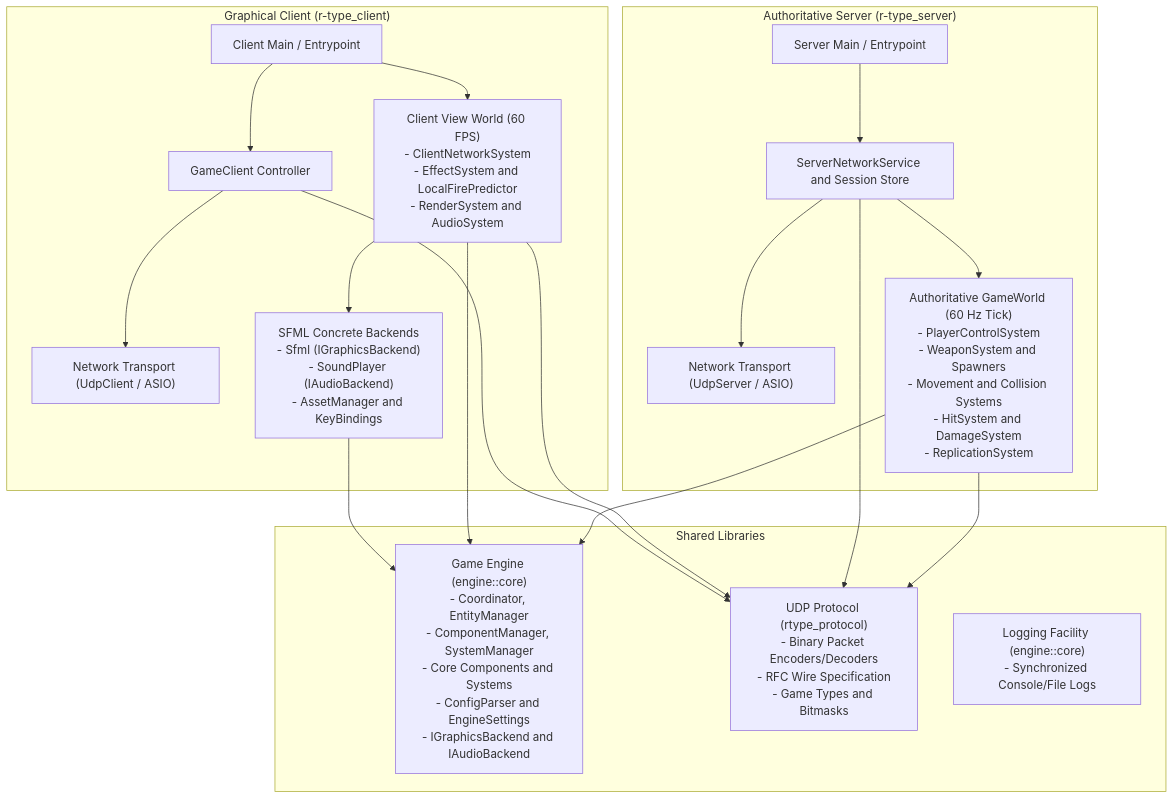
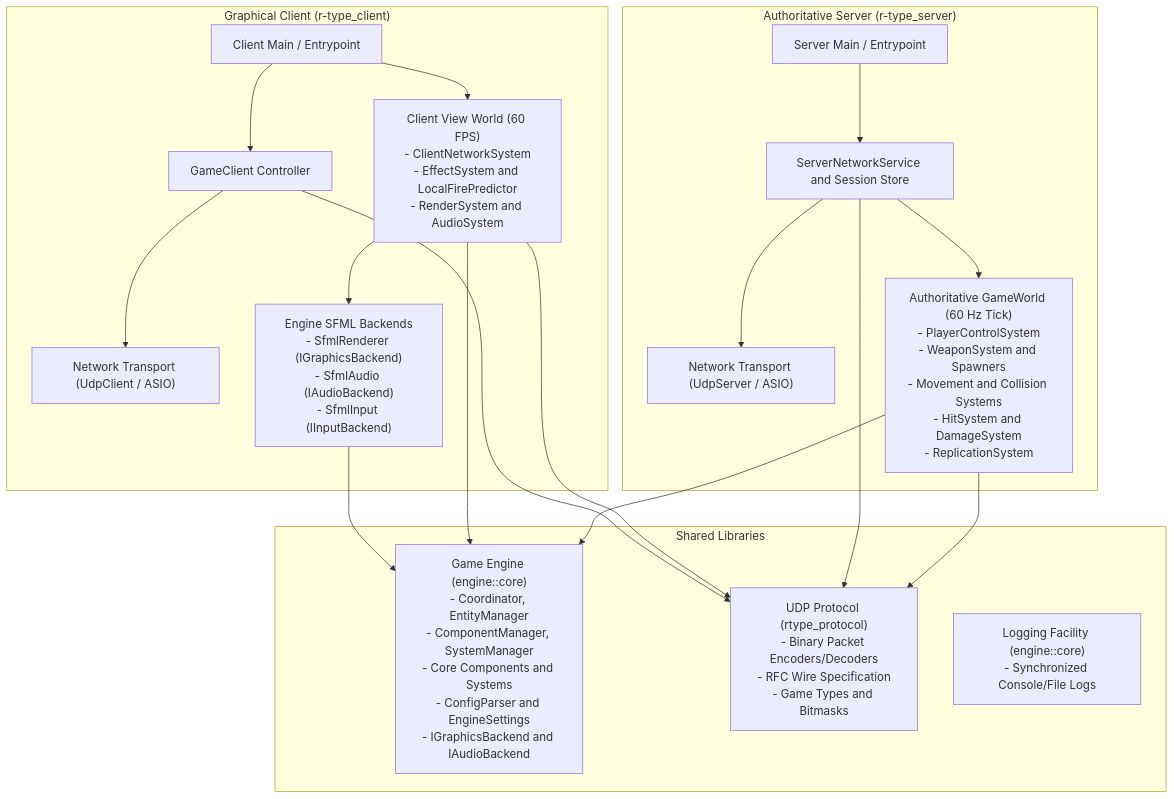
Before and after one commit to noambouillet/rtype: the first of 4 diagrams in docs/architecture.md, drawn with Mermaid. The commit also changed other lines of this file and 2 other files, not shown here.

Commit message:
docs: document the engine SFML backends and the input module

````diff
--- a/docs/architecture.md
+++ b/docs/architecture.md
@@ -18,39 +18,39 @@
 ```mermaid
 flowchart TD
     subgraph SharedLibraries["Shared Libraries"]
         Engine["Game Engine (engine::core)<br/>- Coordinator, EntityManager<br/>- ComponentManager, SystemManager<br/>- Core Components and Systems<br/>- ConfigParser and EngineSettings<br/>- IGraphicsBackend and IAudioBackend"]
         Protocol["UDP Protocol (rtype_protocol)<br/>- Binary Packet Encoders/Decoders<br/>- RFC Wire Specification<br/>- Game Types and Bitmasks"]
         Logger["Logging Facility (engine::core)<br/>- Synchronized Console/File Logs"]
     end
 
     subgraph ServerSubsystem["Authoritative Server (r-type_server)"]
         ServerMain["Server Main / Entrypoint"]
         UdpServer["Network Transport (UdpServer / ASIO)"]
         ServerNetwork["ServerNetworkService and Session Store"]
         GameWorld["Authoritative GameWorld (60 Hz Tick)<br/>- PlayerControlSystem<br/>- WeaponSystem and Spawners<br/>- Movement and Collision Systems<br/>- HitSystem and DamageSystem<br/>- ReplicationSystem"]
     end
 
     subgraph ClientSubsystem["Graphical Client (r-type_client)"]
         ClientMain["Client Main / Entrypoint"]
         UdpClient["Network Transport (UdpClient / ASIO)"]
         GameClient["GameClient Controller"]
         ClientWorld["Client View World (60 FPS)<br/>- ClientNetworkSystem<br/>- EffectSystem and LocalFirePredictor<br/>- RenderSystem and AudioSystem"]
-        SFMLBackend["SFML Concrete Backends<br/>- Sfml (IGraphicsBackend)<br/>- SoundPlayer (IAudioBackend)<br/>- AssetManager and KeyBindings"]
+        SFMLBackend["Engine SFML Backends<br/>- SfmlRenderer (IGraphicsBackend)<br/>- SfmlAudio (IAudioBackend)<br/>- SfmlInput (IInputBackend)"]
     end
 
     ServerMain --> ServerNetwork
     ServerNetwork --> UdpServer
     ServerNetwork --> GameWorld
     GameWorld --> Engine
     GameWorld --> Protocol
     ServerNetwork --> Protocol
 
     ClientMain --> GameClient
     GameClient --> UdpClient
     ClientMain --> ClientWorld
     ClientWorld --> SFMLBackend
     ClientWorld --> Engine
     ClientWorld --> Protocol
     SFMLBackend --> Engine
     GameClient --> Protocol
 ```
````
